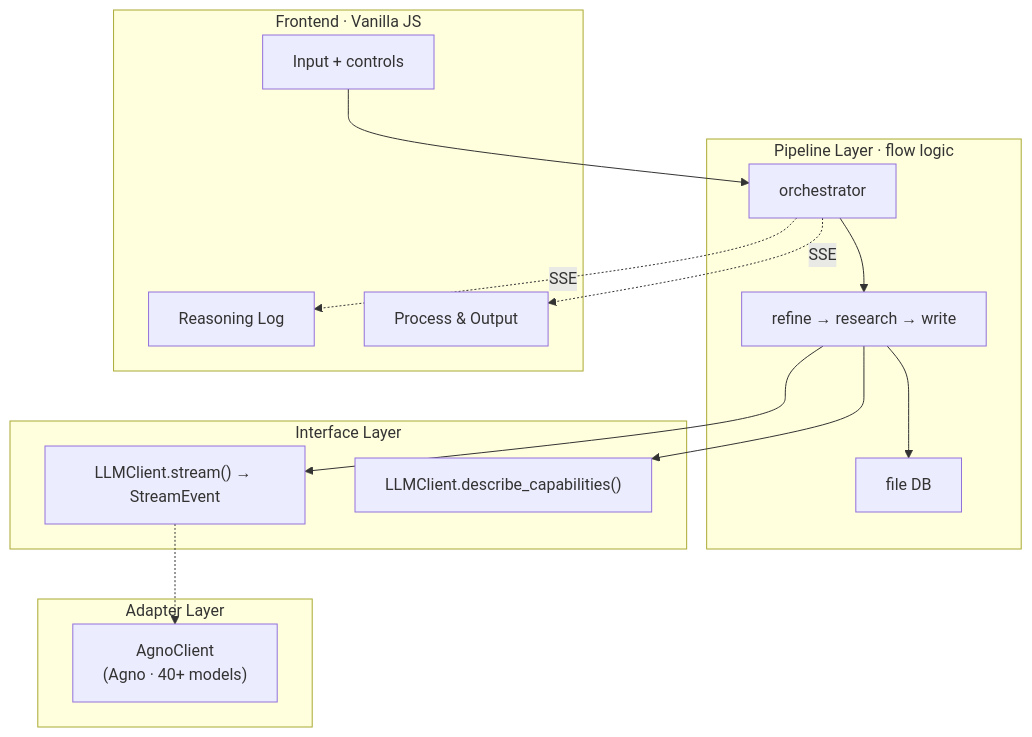
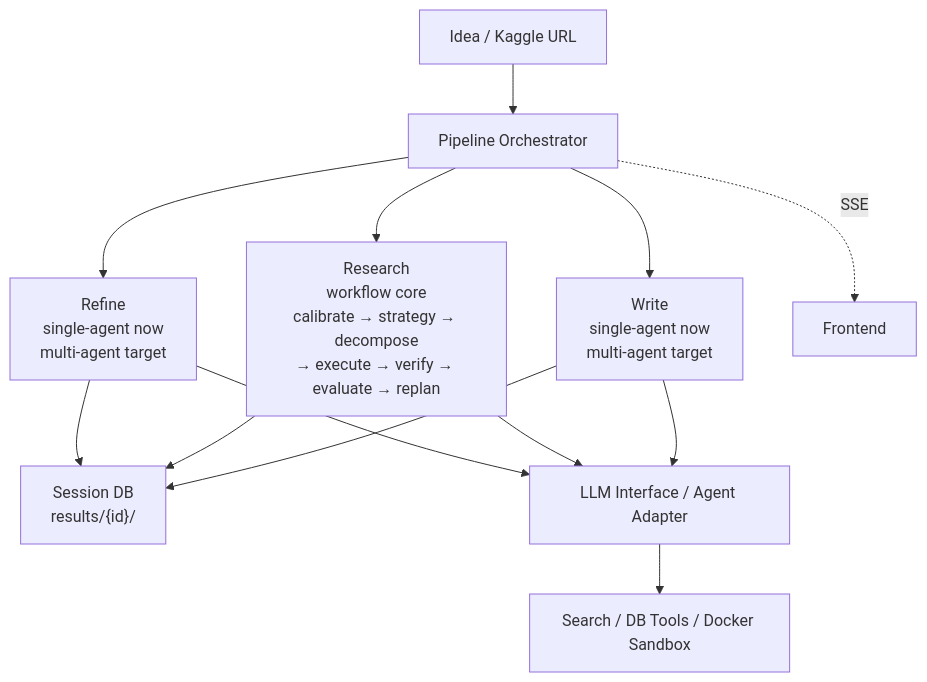
One commit to dozybot001/MAARS changed the diagram in README.md. Above: the diagram before and after it, drawn with Mermaid. The commit also changed other lines of this file and 7 other files, not shown here.

Commit message:
docs: consolidate architecture docs, archive outdated files

````diff
--- a/README.md
+++ b/README.md
@@ -38,30 +17,19 @@
 ```mermaid
 flowchart TB
-    subgraph Pipeline["Pipeline Layer · flow logic"]
-        ORCH["orchestrator"] --> STAGES["refine → research → write"]
-        STAGES --> DB["file DB"]
-    end
+    INPUT["Idea / Kaggle URL"] --> ORCH["Pipeline Orchestrator"]
 
-    subgraph Interface["Interface Layer"]
-        LLM["LLMClient.stream() → StreamEvent"]
-        CAP["LLMClient.describe_capabilities()"]
-    end
+    ORCH --> REF["Refine<br/>single-agent now<br/>multi-agent target"]
+    ORCH --> RES["Research<br/>workflow core<br/>calibrate → strategy → decompose<br/>→ execute → verify → evaluate → replan"]
+    ORCH --> WRI["Write<br/>single-agent now<br/>multi-agent target"]
 
-    subgraph Adapters["Adapter Layer"]
-        AGNO["AgnoClient\n(Agno · 40+ models)"]
-    end
+    REF --> DB["Session DB<br/>results/{id}/"]
+    RES --> DB
+    WRI --> DB
 
-    STAGES --> LLM
-    STAGES --> CAP
-    LLM -.-> AGNO
+    REF --> LLM["LLM Interface / Agent Adapter"]
+    RES --> LLM
+    WRI --> LLM
 
-    subgraph FE["Frontend · Vanilla JS"]
-        UI["Input + controls"]
-        LOG["Reasoning Log"]
-        PROC["Process & Output"]
-    end
-
-    UI --> ORCH
-    ORCH -."SSE".-> LOG
-    ORCH -."SSE".-> PROC
+    LLM --> TOOLS["Search / DB Tools / Docker Sandbox"]
+    ORCH -. SSE .-> UI["Frontend"]
 ```
````
